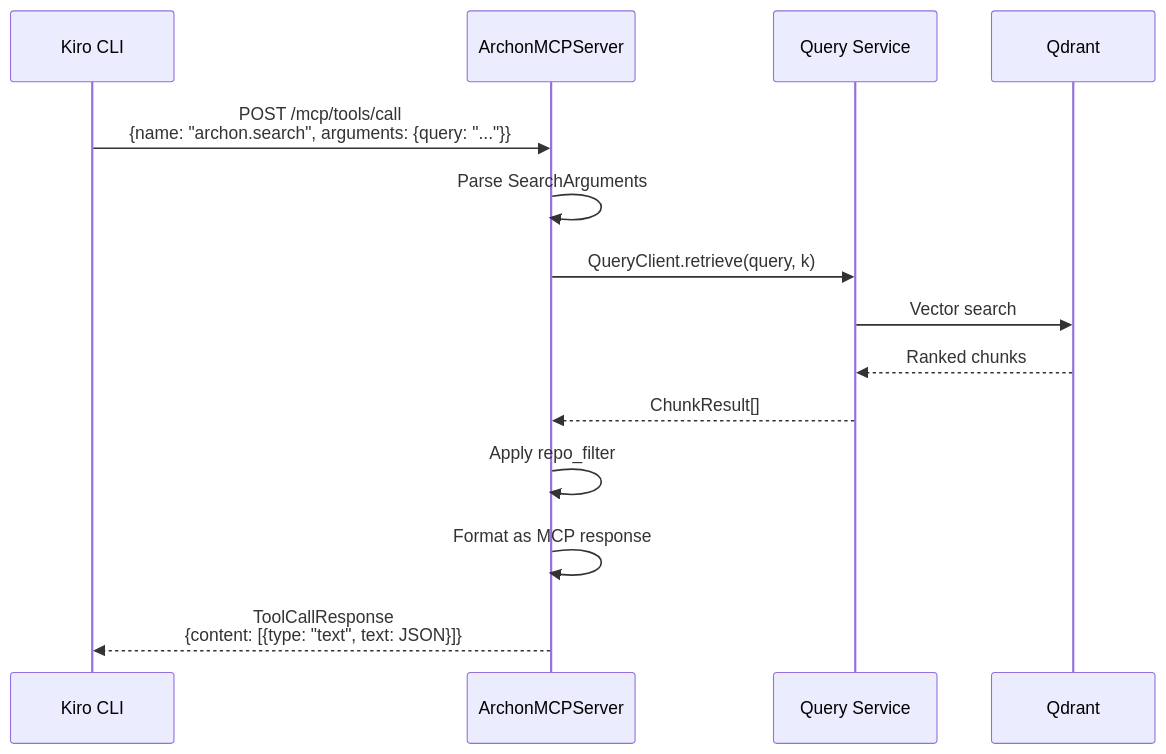
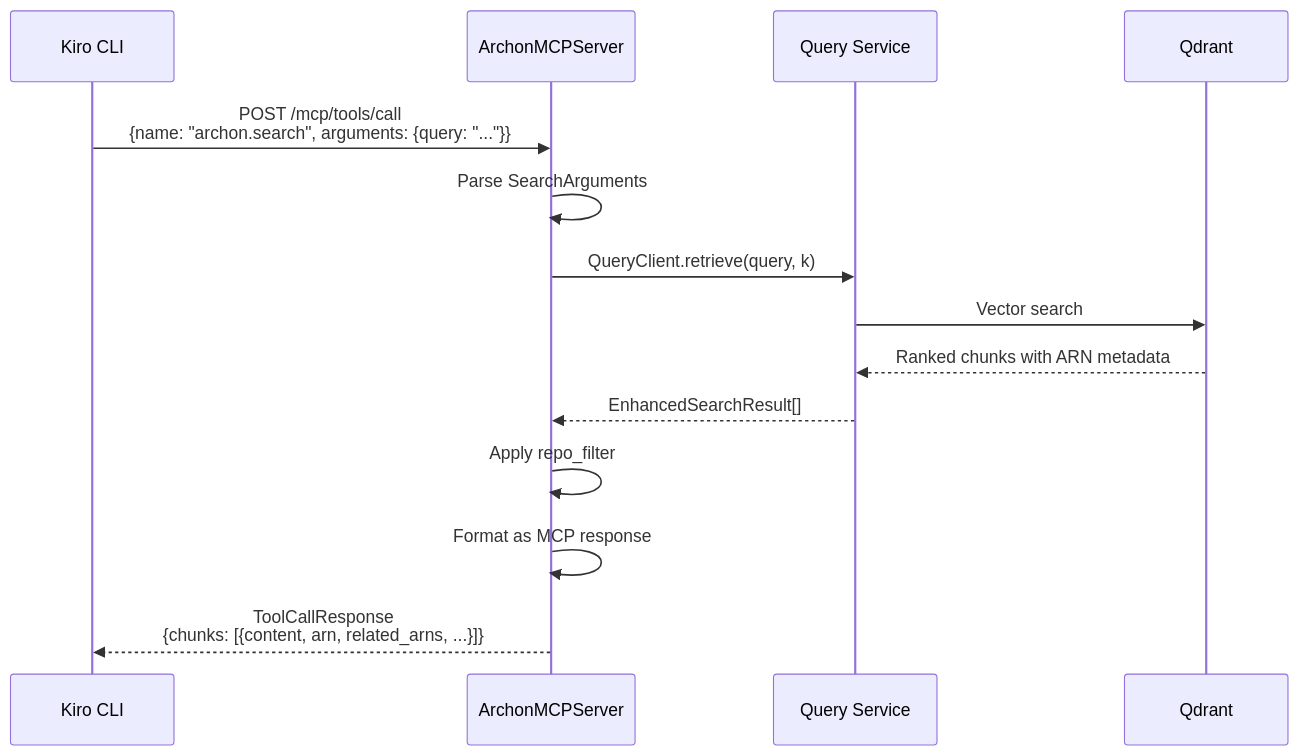
Before and after one commit to bdchatham/ArchonMCPServer: the second of 6 diagrams in .kiro/docs/architecture.md, drawn with Mermaid. The commit also changed other lines of this file and 43 other files, not shown here.

````diff
--- a/.kiro/docs/architecture.md
+++ b/.kiro/docs/architecture.md
@@ -119,17 +219,17 @@
 ```mermaid
 sequenceDiagram
     participant K as Kiro CLI
     participant M as ArchonMCPServer
     participant Q as Query Service
     participant V as Qdrant
     
     K->>M: POST /mcp/tools/call<br/>{name: "archon.search", arguments: {query: "..."}}
     M->>M: Parse SearchArguments
     M->>Q: QueryClient.retrieve(query, k)
     Q->>V: Vector search
-    V-->>Q: Ranked chunks
-    Q-->>M: ChunkResult[]
+    V-->>Q: Ranked chunks with ARN metadata
+    Q-->>M: EnhancedSearchResult[]
     M->>M: Apply repo_filter
     M->>M: Format as MCP response
-    M-->>K: ToolCallResponse<br/>{content: [{type: "text", text: JSON}]}
+    M-->>K: ToolCallResponse<br/>{chunks: [{content, arn, related_arns, ...}]}
 ```
````
